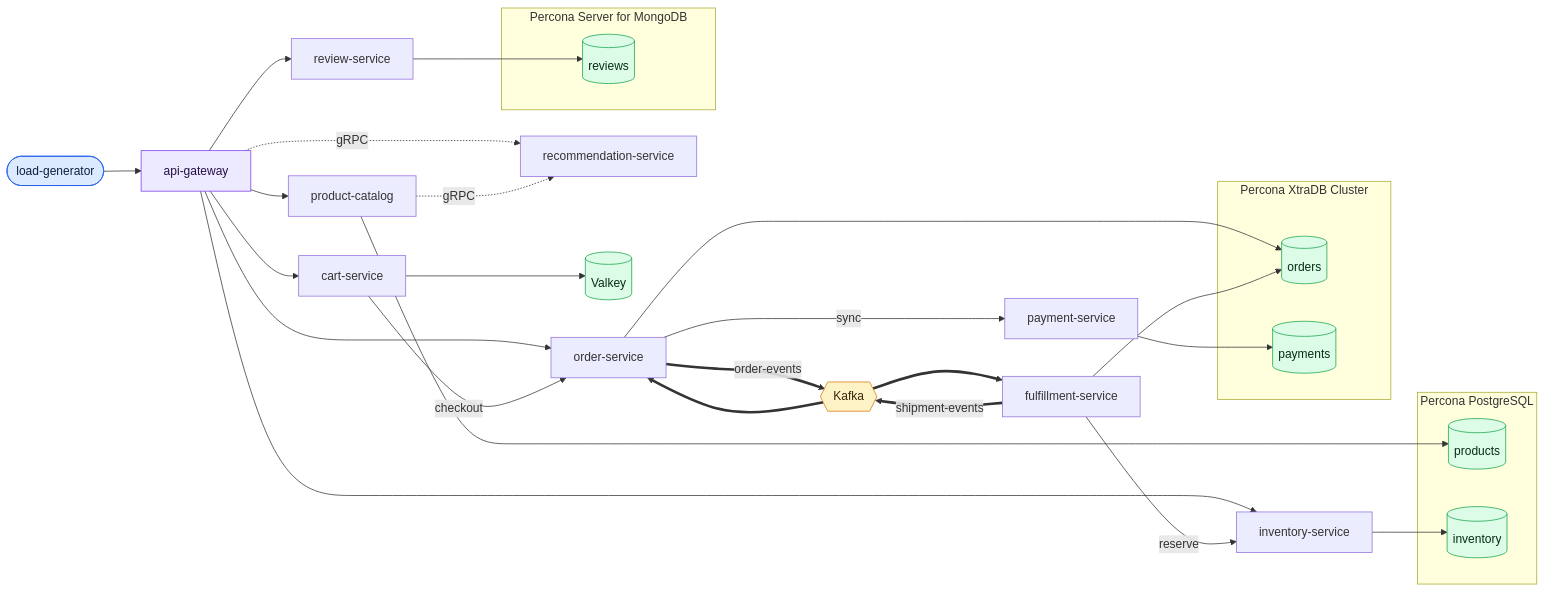
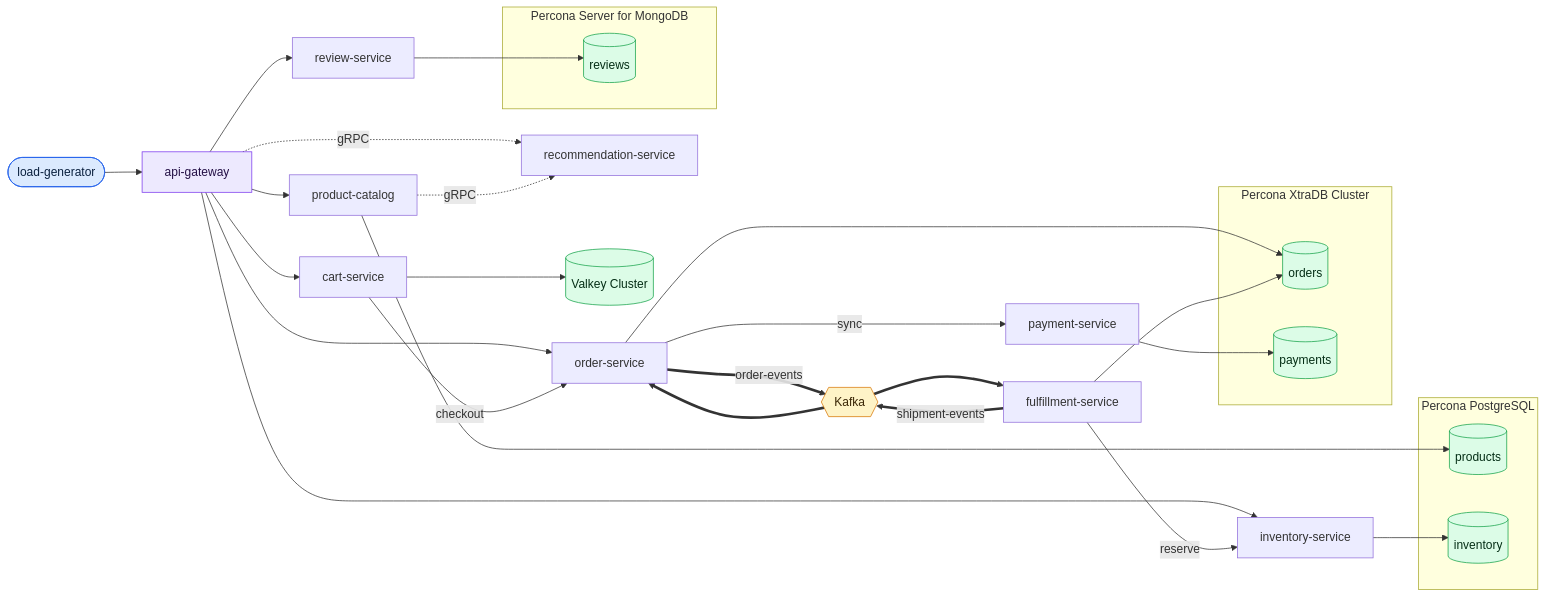
The first of 2 diagrams in README.md (coroot/rca-lab), drawn with Mermaid before and after one commit. The commit also changed other lines of this file and 11 other files, not shown here.

First line of the commit message:
deploy: imagePullPolicy Always for app images; README Valkey cluster

````diff
--- a/README.md
+++ b/README.md
@@ -103,45 +104,45 @@
 ```mermaid
 flowchart LR
     LG([load-generator]):::gen --> GW[api-gateway]:::gw
 
     GW --> PC[product-catalog]
     GW --> CART[cart-service]
     GW --> ORD[order-service]
     GW --> REV[review-service]
     GW --> INV[inventory-service]
     GW -. gRPC .-> REC[recommendation-service]
     PC -. gRPC .-> REC
     CART -- checkout --> ORD
     ORD -- sync --> PAY[payment-service]
 
     PC --> PGP[(products)]:::db
     INV --> PGI[(inventory)]:::db
-    CART --> VK[(Valkey)]:::db
+    CART --> VK[(Valkey Cluster)]:::db
     ORD --> MYO[(orders)]:::db
     PAY --> MYP[(payments)]:::db
     REV --> MG[(reviews)]:::db
 
     ORD == order-events ==> KAFKA{{Kafka}}:::kafka
     KAFKA ==> FUL[fulfillment-service]
     FUL -- reserve --> INV
     FUL --> MYO
     FUL == shipment-events ==> KAFKA
     KAFKA ==> ORD
 
     subgraph PGsub [Percona PostgreSQL]
         PGP
         PGI
     end
     subgraph PXCsub [Percona XtraDB Cluster]
         MYO
         MYP
     end
     subgraph PSMDBsub [Percona Server for MongoDB]
         MG
     end
 
     classDef gen fill:#dbeafe,stroke:#2563eb,color:#0b213f
     classDef gw fill:#ede9fe,stroke:#7c3aed,color:#241046
     classDef db fill:#dcfce7,stroke:#16a34a,color:#052e16
     classDef kafka fill:#fef3c7,stroke:#d97706,color:#3a2606
 ```
````
